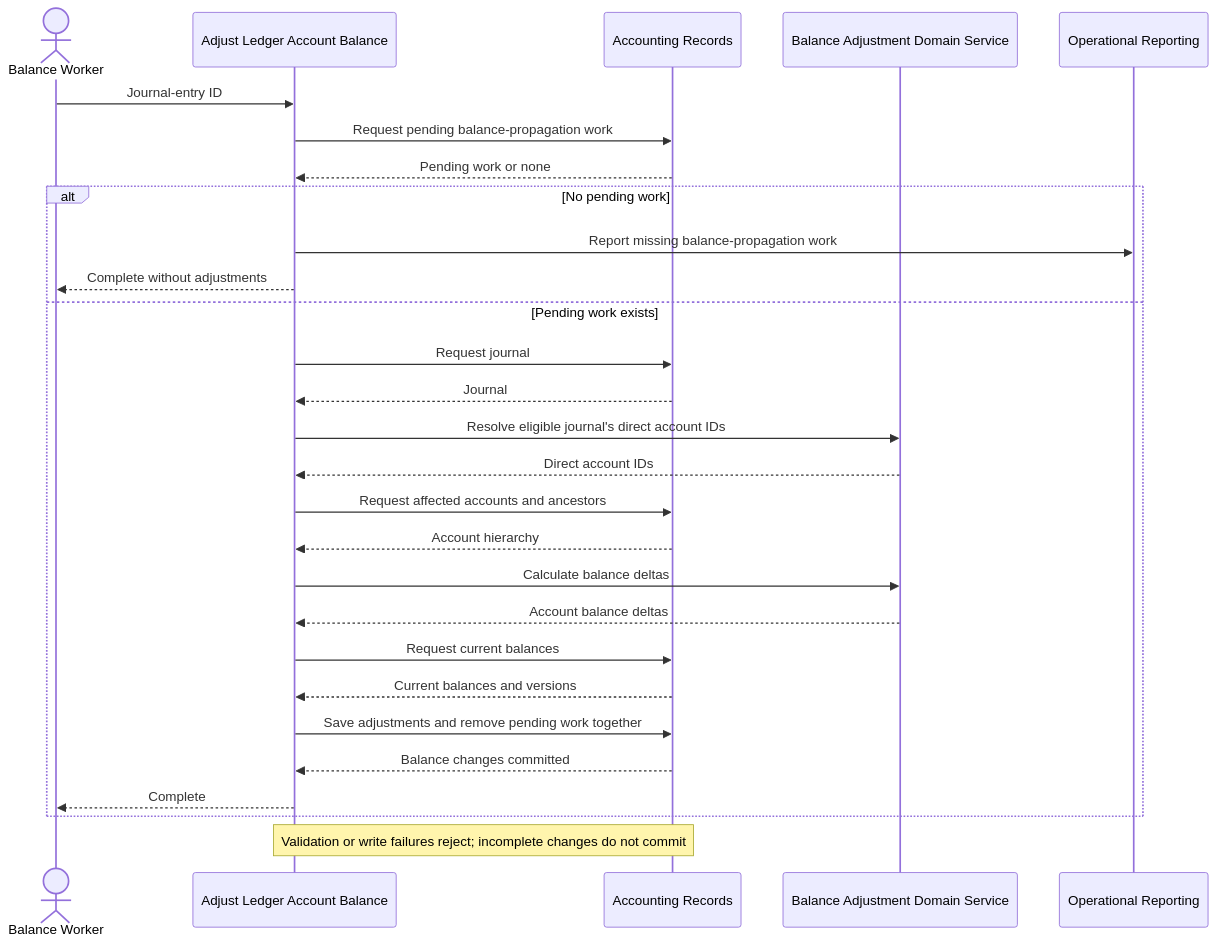
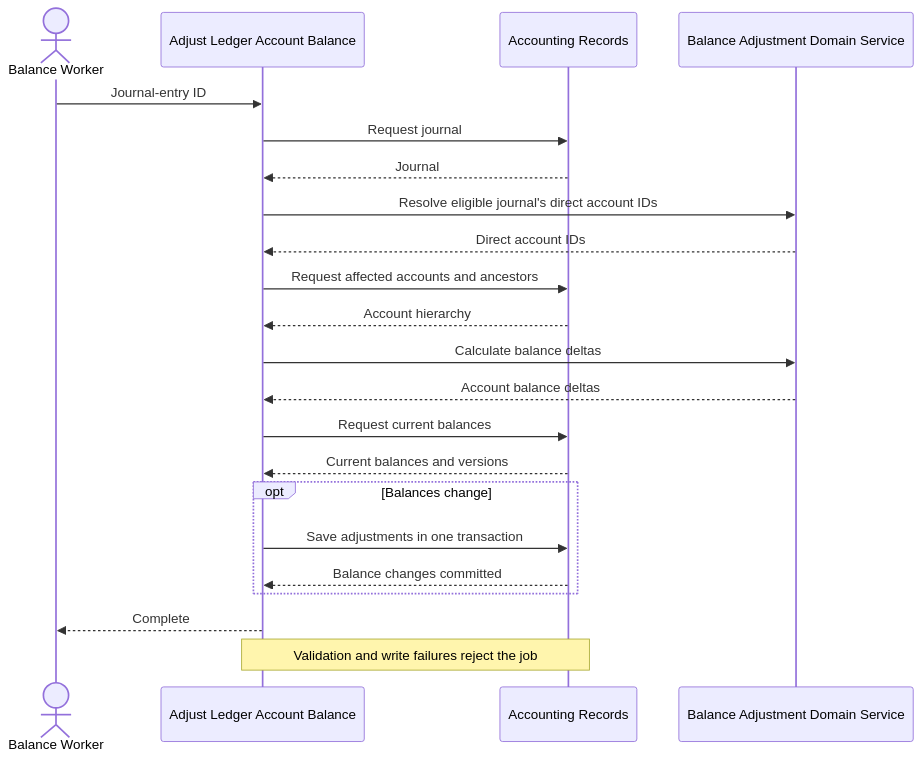
One commit to drimsheet/drimsheet-core changed the diagram in src/app/ledger/usecases/__docs__/adjust-ledger-account-balance.sequence.md. Above: the diagram before and after it, drawn with Mermaid. The commit also changed 53 other files, not shown here.

Commit message:
refactor(ledger): queue balance propagation directly

````diff
--- a/src/app/ledger/usecases/__docs__/adjust-ledger-account-balance.sequence.md
+++ b/src/app/ledger/usecases/__docs__/adjust-ledger-account-balance.sequence.md
@@ -3,31 +3,24 @@
 ```mermaid
 sequenceDiagram
     actor Worker as Balance Worker
     participant Adjust as Adjust Ledger Account Balance
     participant Records as Accounting Records
     participant Adjustment as Balance Adjustment Domain Service
-    participant Reporting as Operational Reporting
-
     Worker->>Adjust: Journal-entry ID
-    Adjust->>Records: Request pending balance-propagation work
-    Records-->>Adjust: Pending work or none
-    alt No pending work
-        Adjust->>Reporting: Report missing balance-propagation work
-        Adjust-->>Worker: Complete without adjustments
-    else Pending work exists
-        Adjust->>Records: Request journal
-        Records-->>Adjust: Journal
-        Adjust->>Adjustment: Resolve eligible journal's direct account IDs
-        Adjustment-->>Adjust: Direct account IDs
-        Adjust->>Records: Request affected accounts and ancestors
-        Records-->>Adjust: Account hierarchy
-        Adjust->>Adjustment: Calculate balance deltas
-        Adjustment-->>Adjust: Account balance deltas
-        Adjust->>Records: Request current balances
-        Records-->>Adjust: Current balances and versions
-        Adjust->>Records: Save adjustments and remove pending work together
+    Adjust->>Records: Request journal
+    Records-->>Adjust: Journal
+    Adjust->>Adjustment: Resolve eligible journal's direct account IDs
+    Adjustment-->>Adjust: Direct account IDs
+    Adjust->>Records: Request affected accounts and ancestors
+    Records-->>Adjust: Account hierarchy
+    Adjust->>Adjustment: Calculate balance deltas
+    Adjustment-->>Adjust: Account balance deltas
+    Adjust->>Records: Request current balances
+    Records-->>Adjust: Current balances and versions
+    opt Balances change
+        Adjust->>Records: Save adjustments in one transaction
         Records-->>Adjust: Balance changes committed
-        Adjust-->>Worker: Complete
     end
-    Note over Adjust,Records: Validation or write failures reject#59; incomplete changes do not commit
+    Adjust-->>Worker: Complete
+    Note over Adjust,Records: Validation and write failures reject the job
 ```
````
